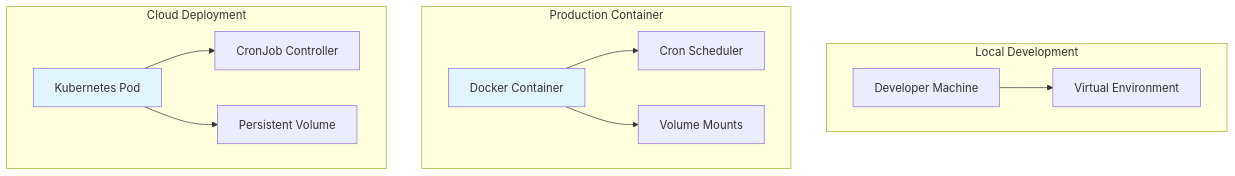
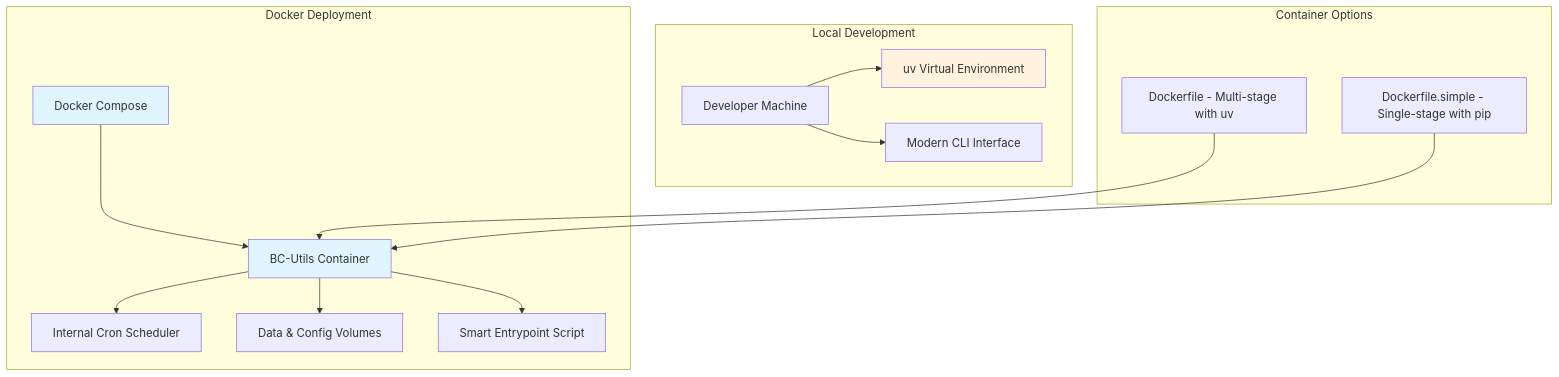
One commit to makutaku/vortex changed the fifth of 6 diagrams in docs/design/hld/01-system-overview.md. Above: the diagram before and after it, drawn with Mermaid. The commit also changed other lines of this file, not shown here.

First line of the commit message:
Update system overview HLD with current architecture

````diff
--- a/docs/design/hld/01-system-overview.md
+++ b/docs/design/hld/01-system-overview.md
@@ -201,28 +209,34 @@
 ```mermaid
 graph TB
     subgraph "Local Development"
         Dev[Developer Machine]
-        LocalEnv[Virtual Environment]
+        UV[uv Virtual Environment]
+        CLI[Modern CLI Interface]
     end
     
-    subgraph "Production Container"
-        Container[Docker Container]
-        Cron[Cron Scheduler]
-        Storage[Volume Mounts]
+    subgraph "Docker Deployment"
+        Compose[Docker Compose]
+        Container[BC-Utils Container]
+        Cron[Internal Cron Scheduler]
+        Volumes[Data & Config Volumes]
+        Entrypoint[Smart Entrypoint Script]
     end
     
-    subgraph "Cloud Deployment"  
-        K8s[Kubernetes Pod]
-        CronJob[CronJob Controller]
-        PVC[Persistent Volume]
+    subgraph "Container Options"
+        Dockerfile1[Dockerfile - Multi-stage with uv]
+        Dockerfile2[Dockerfile.simple - Single-stage with pip]
     end
     
-    Dev --> LocalEnv
+    Dev --> UV
+    Dev --> CLI
+    Compose --> Container
     Container --> Cron
-    Container --> Storage
-    K8s --> CronJob
-    K8s --> PVC
+    Container --> Volumes
+    Container --> Entrypoint
+    Dockerfile1 --> Container
+    Dockerfile2 --> Container
     
     style Container fill:#e1f5fe
-    style K8s fill:#e1f5fe
+    style Compose fill:#e1f5fe
+    style UV fill:#fff3e0
 ```
````
